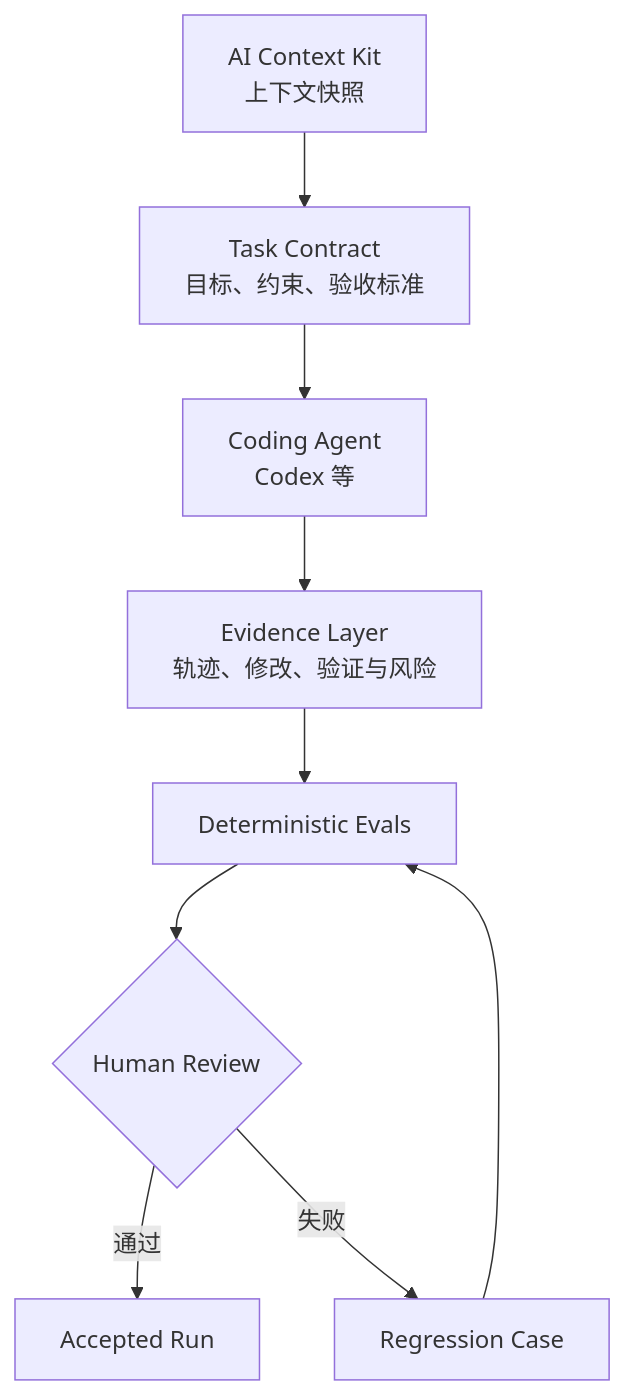
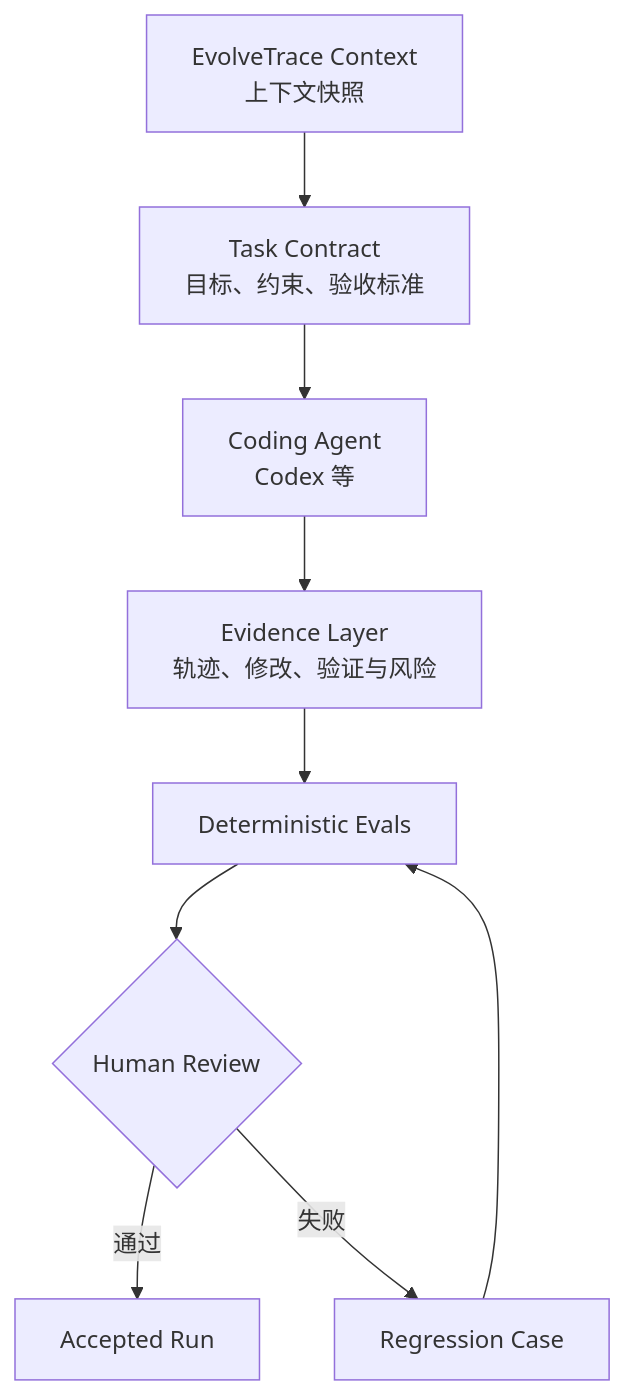
Before and after one commit to sorenjing/EvolveTrace: the diagram in README.md, drawn with Mermaid. The commit also changed other lines of this file and 25 other files, not shown here.

Commit message:
docs: unify EvolveTrace Context branding and plugin onboarding

````diff
--- a/README.md
+++ b/README.md
@@ -45,11 +45,11 @@
 ```mermaid
 flowchart TD
-    A["AI Context Kit<br/>上下文快照"] --> B["Task Contract<br/>目标、约束、验收标准"]
+    A["EvolveTrace Context<br/>上下文快照"] --> B["Task Contract<br/>目标、约束、验收标准"]
     B --> C["Coding Agent<br/>Codex 等"]
     C --> D["Evidence Layer<br/>轨迹、修改、验证与风险"]
     D --> E["Deterministic Evals"]
     E --> F{"Human Review"}
     F -->|通过| G["Accepted Run"]
     F -->|失败| H["Regression Case"]
     H --> E
 ```
````
